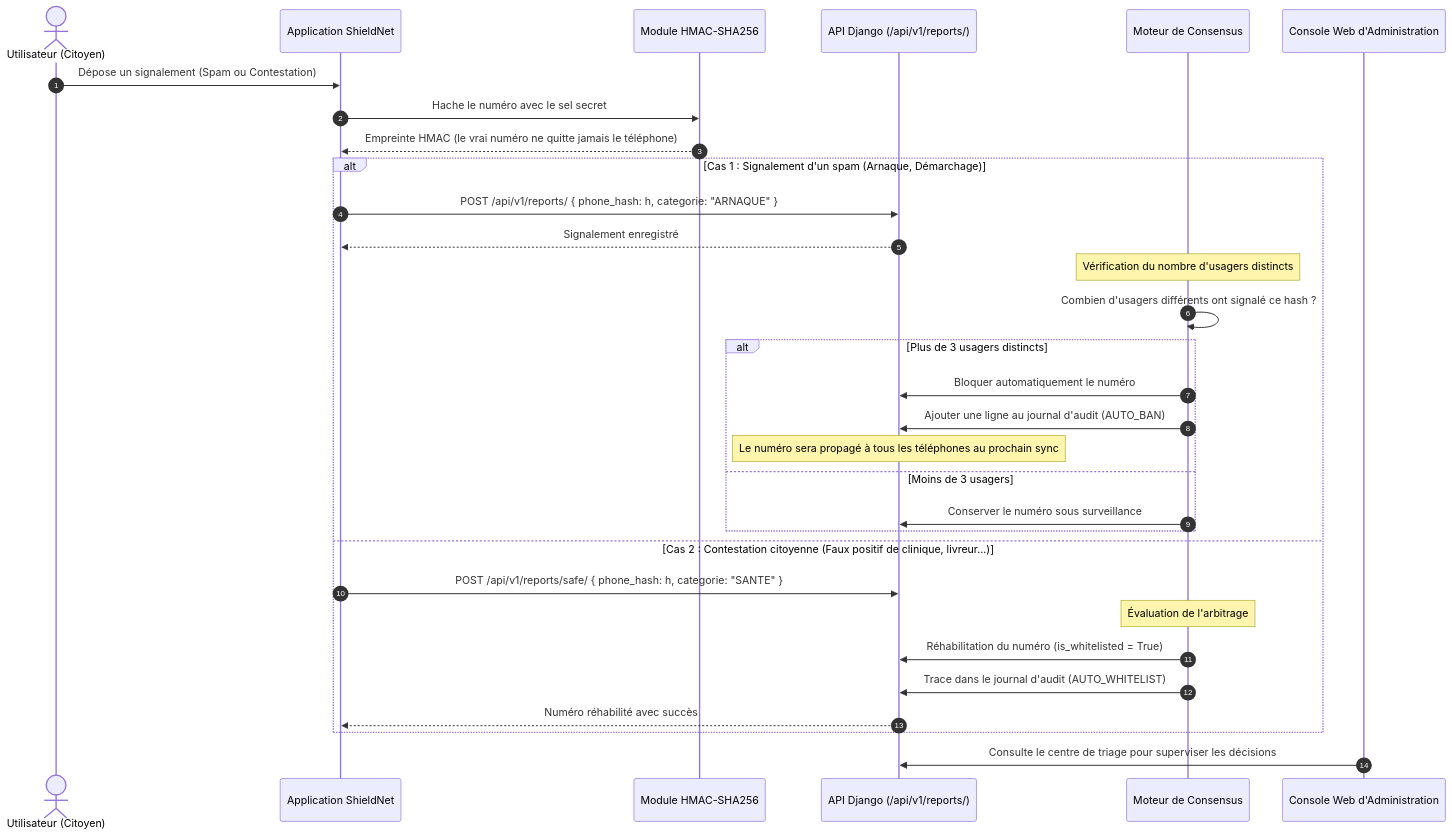
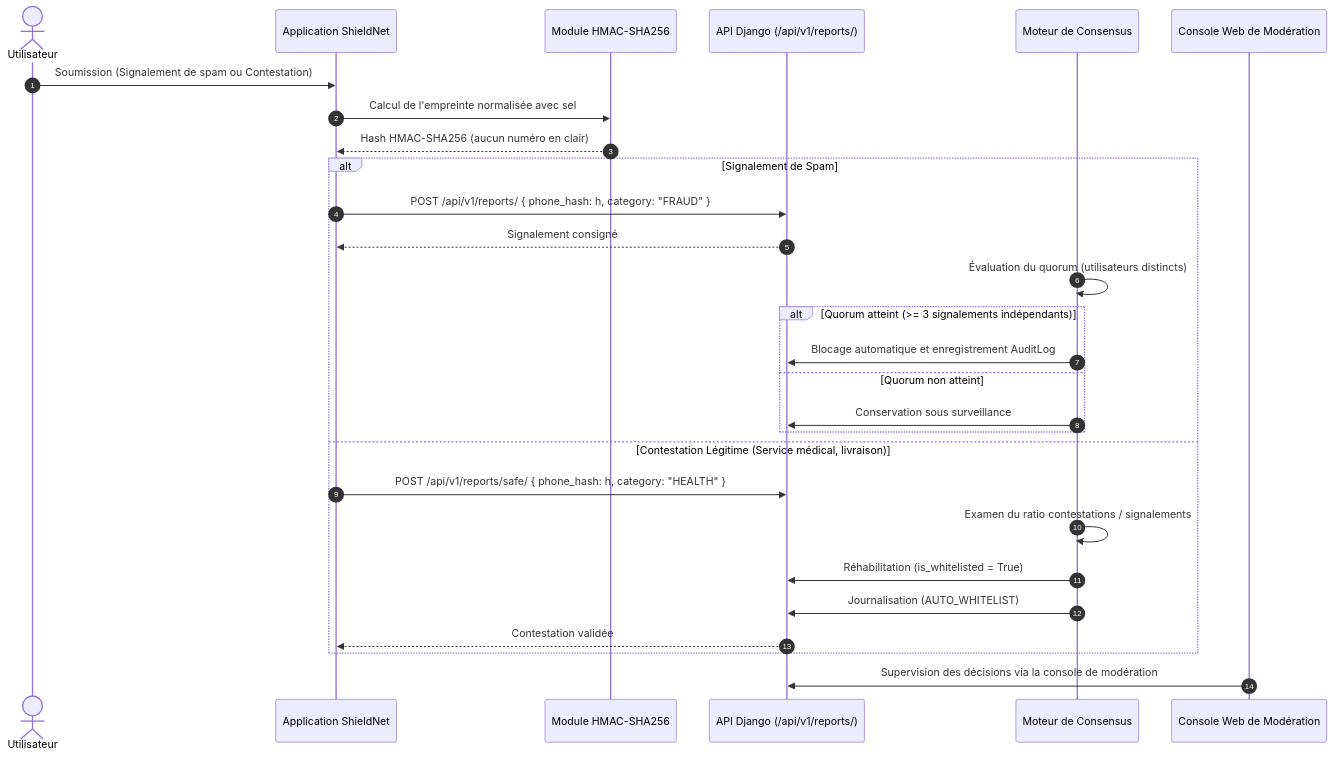
One commit to fadelilyas01/Projet-Synth-se changed the seventh of 7 diagrams in docs/ARCHITECTURE_ET_CONCEPTION.md. Above: the diagram before and after it, drawn with Mermaid. The commit also changed other lines of this file and 13 other files, not shown here.

Commit message:
feat: add emergency whitelist feature with UI, backend permissions, localization, and documentation

````diff
--- a/docs/ARCHITECTURE_ET_CONCEPTION.md
+++ b/docs/ARCHITECTURE_ET_CONCEPTION.md
@@ -375,37 +365,34 @@
 ```mermaid
 sequenceDiagram
     autonumber
-    actor Citoyen as Utilisateur (Citoyen)
+    actor Citoyen as Utilisateur
     participant App as Application ShieldNet
     participant Crypto as Module HMAC-SHA256
     participant Backend as API Django (/api/v1/reports/)
     participant Consensus as Moteur de Consensus
-    participant Admin as Console Web d'Administration
+    participant Admin as Console Web de Modération
 
-    Citoyen->>App: Dépose un signalement (Spam ou Contestation)
-    App->>Crypto: Hache le numéro avec le sel secret
-    Crypto-->>App: Empreinte HMAC (le vrai numéro ne quitte jamais le téléphone)
+    Citoyen->>App: Soumission (Signalement de spam ou Contestation)
+    App->>Crypto: Calcul de l'empreinte normalisée avec sel
+    Crypto-->>App: Hash HMAC-SHA256 (aucun numéro en clair)
     
-    alt Cas 1 : Signalement d'un spam (Arnaque, Démarchage)
-        App->>Backend: POST /api/v1/reports/ { phone_hash: h, categorie: "ARNAQUE" }
-        Backend-->>App: Signalement enregistré
+    alt Signalement de Spam
+        App->>Backend: POST /api/v1/reports/ { phone_hash: h, category: "FRAUD" }
+        Backend-->>App: Signalement consigné
         
-        Note over Consensus: Vérification du nombre d'usagers distincts
-        Consensus->>Consensus: Combien d'usagers différents ont signalé ce hash ?
-        alt Plus de 3 usagers distincts
-            Consensus->>Backend: Bloquer automatiquement le numéro
-            Consensus->>Backend: Ajouter une ligne au journal d'audit (AUTO_BAN)
-            Note over Backend: Le numéro sera propagé à tous les téléphones au prochain sync
-        else Moins de 3 usagers
-            Consensus->>Backend: Conserver le numéro sous surveillance
+        Consensus->>Consensus: Évaluation du quorum (utilisateurs distincts)
+        alt Quorum atteint (>= 3 signalements indépendants)
+            Consensus->>Backend: Blocage automatique et enregistrement AuditLog
+        else Quorum non atteint
+            Consensus->>Backend: Conservation sous surveillance
         end
-    else Cas 2 : Contestation citoyenne (Faux positif de clinique, livreur...)
-        App->>Backend: POST /api/v1/reports/safe/ { phone_hash: h, categorie: "SANTE" }
-        Note over Consensus: Évaluation de l'arbitrage
-        Consensus->>Backend: Réhabilitation du numéro (is_whitelisted = True)
-        Consensus->>Backend: Trace dans le journal d'audit (AUTO_WHITELIST)
-        Backend-->>App: Numéro réhabilité avec succès
+    else Contestation Légitime (Service médical, livraison)
+        App->>Backend: POST /api/v1/reports/safe/ { phone_hash: h, category: "HEALTH" }
+        Consensus->>Consensus: Examen du ratio contestations / signalements
+        Consensus->>Backend: Réhabilitation (is_whitelisted = True)
+        Consensus->>Backend: Journalisation (AUTO_WHITELIST)
+        Backend-->>App: Contestation validée
     end
     
-    Admin->>Backend: Consulte le centre de triage pour superviser les décisions
+    Admin->>Backend: Supervision des décisions via la console de modération
 ```
````
